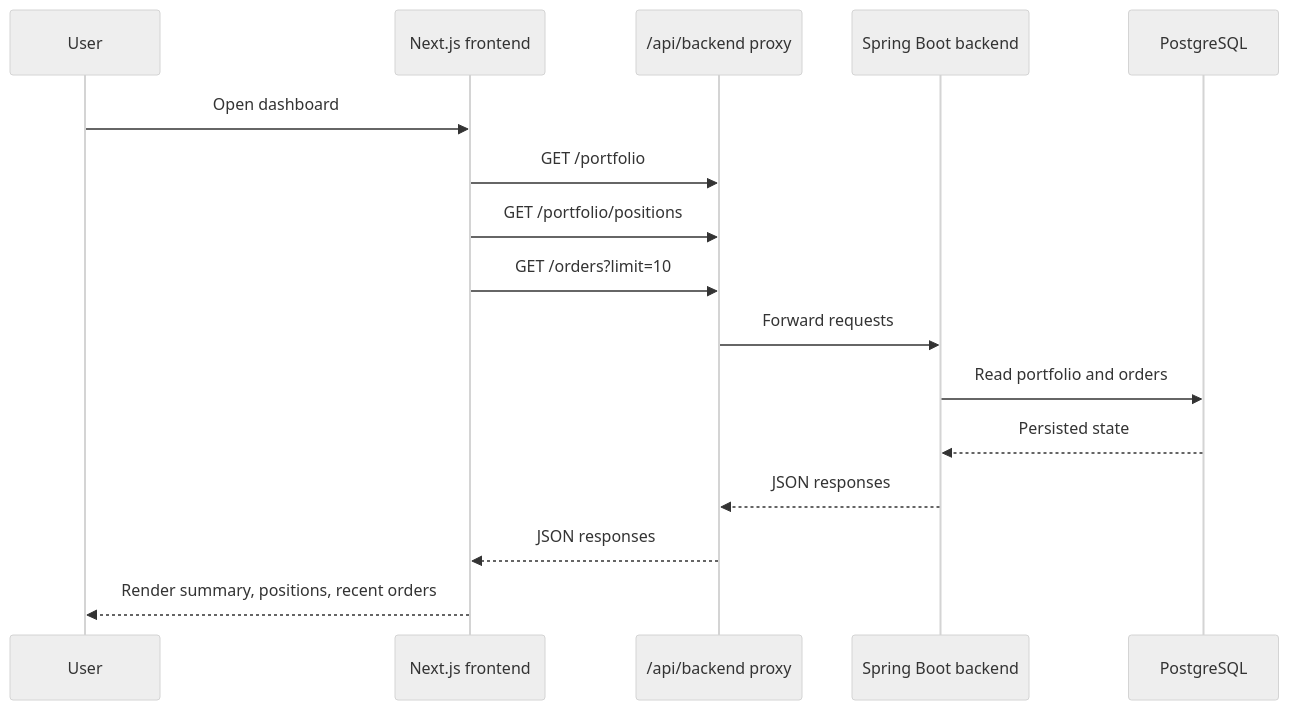
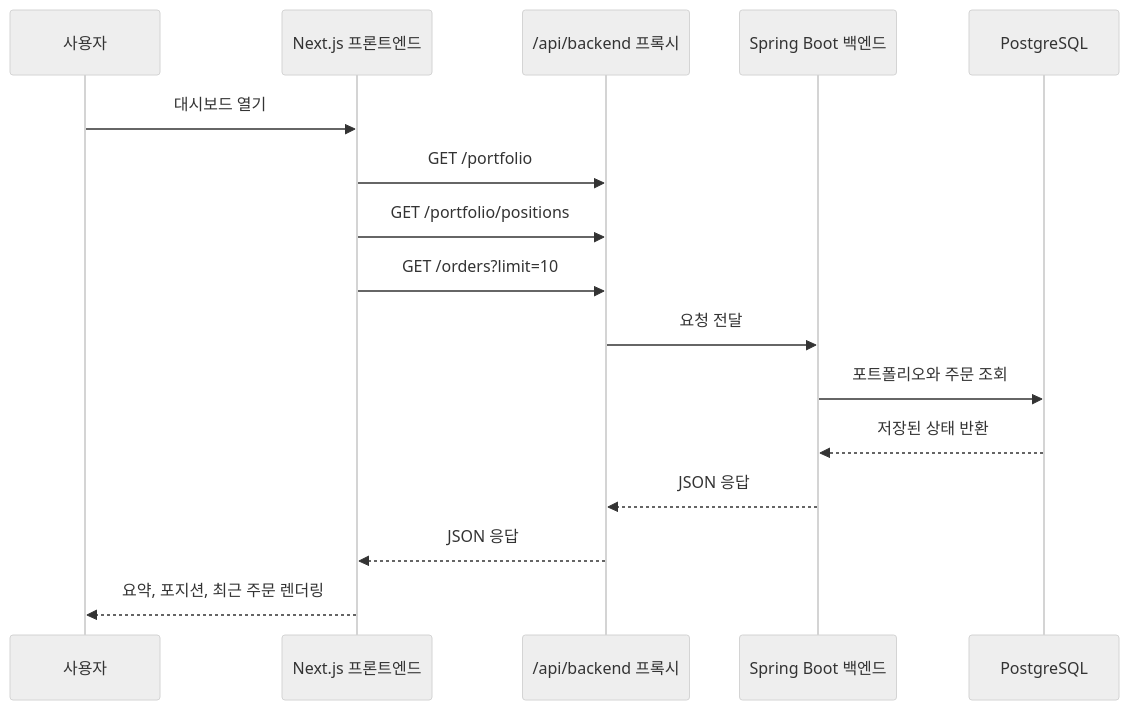
One commit to Bonchang/qerp3 changed the first of 4 diagrams in docs/runtime-lifecycle.md. Above: the diagram before and after it, drawn with Mermaid (neutral theme). The commit also changed other lines of this file and 5 other files, not shown here.

````diff
--- a/docs/runtime-lifecycle.md
+++ b/docs/runtime-lifecycle.md
@@ -22,19 +22,19 @@
 ```mermaid
 sequenceDiagram
-    participant User
-    participant Frontend as Next.js frontend
-    participant Proxy as /api/backend proxy
-    participant Backend as Spring Boot backend
+    participant User as 사용자
+    participant Frontend as Next.js 프론트엔드
+    participant Proxy as /api/backend 프록시
+    participant Backend as Spring Boot 백엔드
     participant DB as PostgreSQL
 
-    User->>Frontend: Open dashboard
+    User->>Frontend: 대시보드 열기
     Frontend->>Proxy: GET /portfolio
     Frontend->>Proxy: GET /portfolio/positions
     Frontend->>Proxy: GET /orders?limit=10
-    Proxy->>Backend: Forward requests
-    Backend->>DB: Read portfolio and orders
-    DB-->>Backend: Persisted state
-    Backend-->>Proxy: JSON responses
-    Proxy-->>Frontend: JSON responses
-    Frontend-->>User: Render summary, positions, recent orders
+    Proxy->>Backend: 요청 전달
+    Backend->>DB: 포트폴리오와 주문 조회
+    DB-->>Backend: 저장된 상태 반환
+    Backend-->>Proxy: JSON 응답
+    Proxy-->>Frontend: JSON 응답
+    Frontend-->>User: 요약, 포지션, 최근 주문 렌더링
 ```
````
